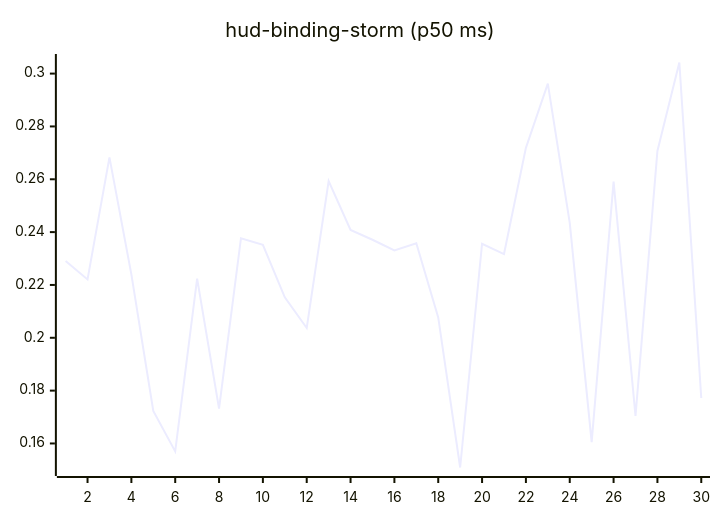
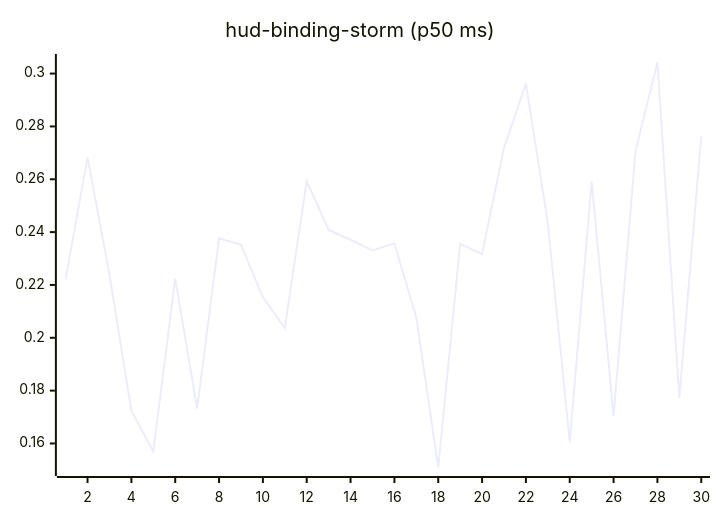
Before and after one commit to josha/Facet: the tenth of 27 diagrams in README.md, drawn with Mermaid. The commit also changed other lines of this file and 2 other files, not shown here.

````diff
--- a/README.md
+++ b/README.md
@@ -126,6 +126,6 @@
 ```mermaid
 xychart-beta
     title "hud-binding-storm (p50 ms)"
     x-axis 1 --> 30
-    line [0.2291, 0.2221, 0.2683, 0.2240, 0.1723, 0.1570, 0.2224, 0.1732, 0.2377, 0.2352, 0.2153, 0.2037, 0.2593, 0.2408, 0.2371, 0.2331, 0.2358, 0.2077, 0.1509, 0.2356, 0.2317, 0.2719, 0.2962, 0.2435, 0.1605, 0.2591, 0.1704, 0.2707, 0.3042, 0.1772]
+    line [0.2221, 0.2683, 0.2240, 0.1723, 0.1570, 0.2224, 0.1732, 0.2377, 0.2352, 0.2153, 0.2037, 0.2593, 0.2408, 0.2371, 0.2331, 0.2358, 0.2077, 0.1509, 0.2356, 0.2317, 0.2719, 0.2962, 0.2435, 0.1605, 0.2591, 0.1704, 0.2707, 0.3042, 0.1772, 0.2763]
 ```
````
